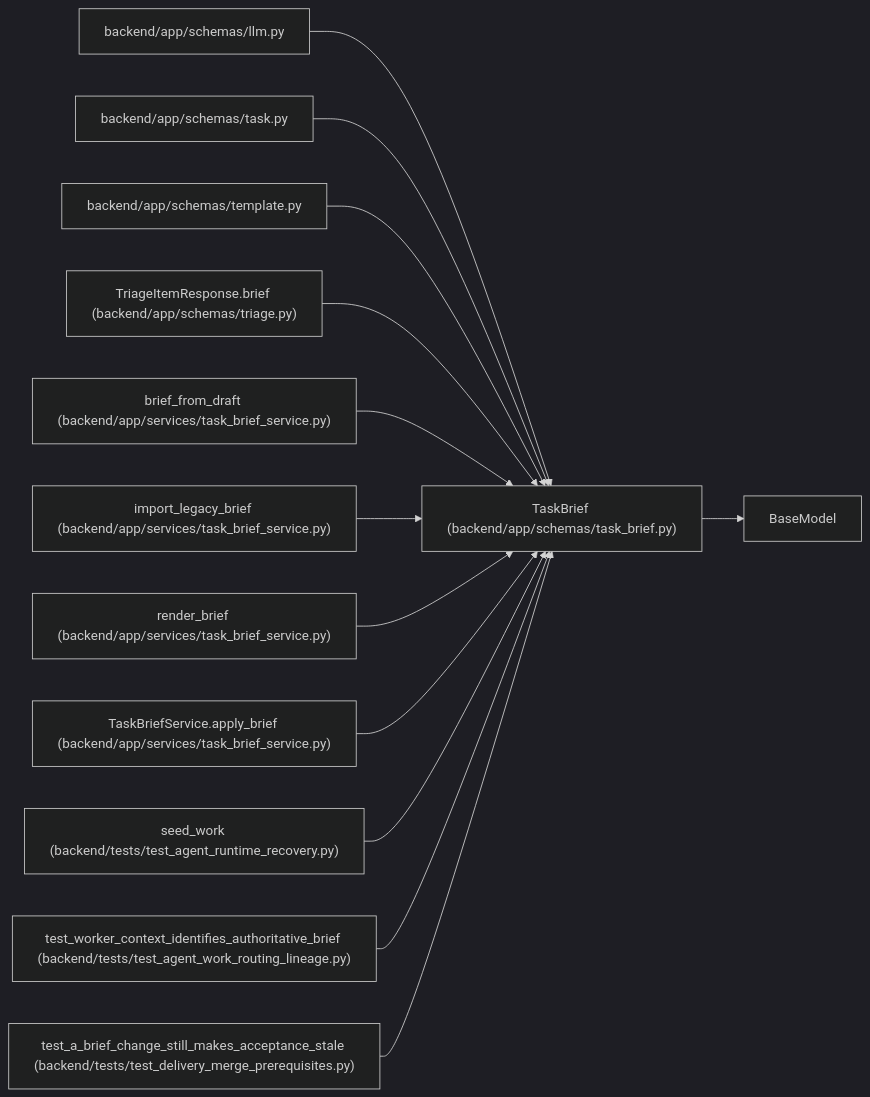
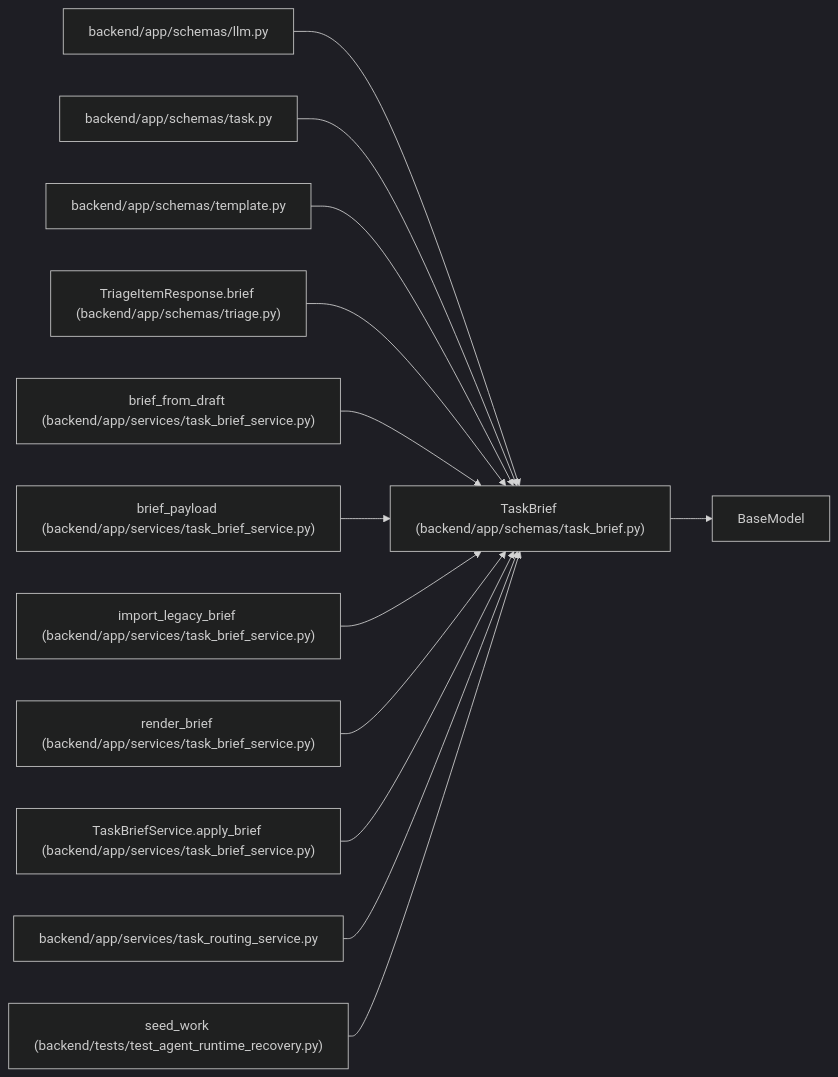
Before and after one commit to Denissvgn/WorkChord: the diagram in docs/llm_wiki/entities/schemas_task_brief_TaskBrief.md, drawn with Mermaid (dark theme). The commit also changed other lines of this file and 981 other files, not shown here.

Commit message:
Sync the architectural wiki for structured task routing

````diff
--- a/docs/llm_wiki/entities/schemas_task_brief_TaskBrief.md
+++ b/docs/llm_wiki/entities/schemas_task_brief_TaskBrief.md
@@ -46,40 +47,40 @@
 ```mermaid
 flowchart LR
     n0["TaskBrief (backend/app/schemas/task_brief.py)"]
     n1["BaseModel"]
     n2["backend/app/schemas/llm.py"]
     n3["backend/app/schemas/task.py"]
     n4["backend/app/schemas/template.py"]
     n5["TriageItemResponse.brief (backend/app/schemas/triage.py)"]
     n6["brief_from_draft (backend/app/services/task_brief_service.py)"]
-    n7["import_legacy_brief (backend/app/services/task_brief_service.py)"]
-    n8["render_brief (backend/app/services/task_brief_service.py)"]
-    n9["TaskBriefService.apply_brief (backend/app/services/task_brief_service.py)"]
-    n10["seed_work (backend/tests/test_agent_runtime_recovery.py)"]
-    n11["test_worker_context_identifies_authoritative_brief (backend/tests/test_agent_work_routing_lineage.py)"]
-    n12["test_a_brief_change_still_makes_acceptance_stale (backend/tests/test_delivery_merge_prerequisites.py)"]
+    n7["brief_payload (backend/app/services/task_brief_service.py)"]
+    n8["import_legacy_brief (backend/app/services/task_brief_service.py)"]
+    n9["render_brief (backend/app/services/task_brief_service.py)"]
+    n10["TaskBriefService.apply_brief (backend/app/services/task_brief_service.py)"]
+    n11["backend/app/services/task_routing_service.py"]
+    n12["seed_work (backend/tests/test_agent_runtime_recovery.py)"]
     n0 --> n1
     n2 --> n0
     n3 --> n0
     n4 --> n0
     n5 --> n0
     n6 --> n0
     n7 --> n0
     n8 --> n0
     n9 --> n0
     n10 --> n0
     n11 --> n0
     n12 --> n0
     click n0 "../modules/schemas_task_brief.md"
     click n2 "../modules/schemas_llm.md"
     click n3 "../modules/schemas_task.md"
     click n4 "../modules/schemas_template.md"
     click n5 "../modules/schemas_triage.md"
     click n6 "../modules/task_brief_service.md"
     click n7 "../modules/task_brief_service.md"
     click n8 "../modules/task_brief_service.md"
     click n9 "../modules/task_brief_service.md"
-    click n10 "../modules/test_agent_runtime_recovery.md"
-    click n11 "../modules/test_agent_work_routing_lineage.md"
-    click n12 "../modules/test_delivery_merge_prerequisites.md"
+    click n10 "../modules/task_brief_service.md"
+    click n11 "../modules/task_routing_service.md"
+    click n12 "../modules/test_agent_runtime_recovery.md"
 ```
````
